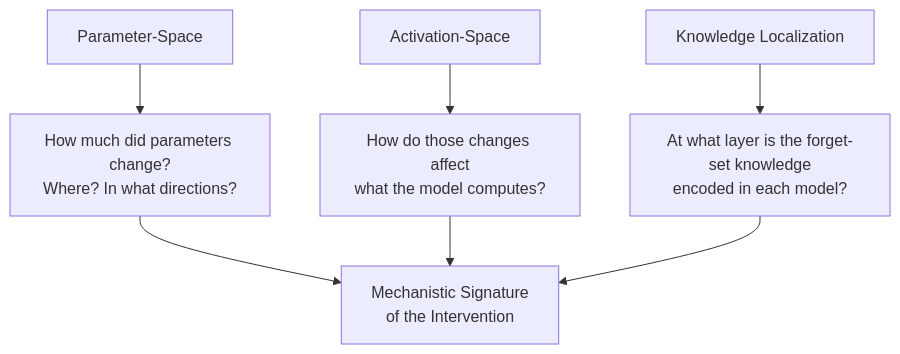
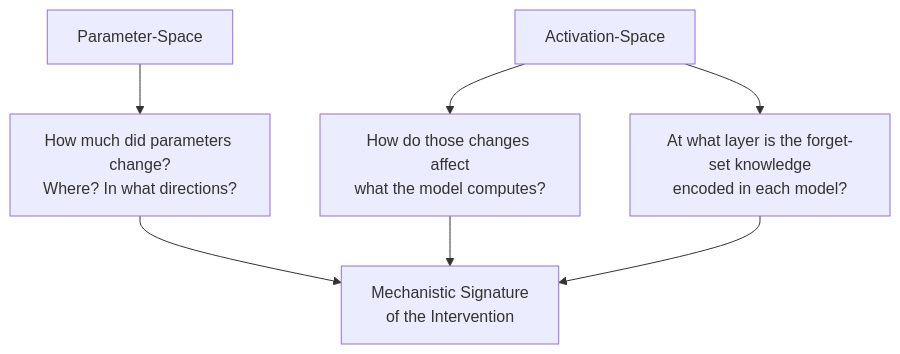
Before and after one commit to jammastergirish/CambridgeERA: the diagram in README.md, drawn with Mermaid.

Commit message:
Corrects branch

````diff
--- a/README.md
+++ b/README.md
@@ -64,9 +64,9 @@
 ```mermaid
 graph TD
     A["Parameter-Space"] --> C["How much did parameters change?<br/>Where? In what directions?"]
     B["Activation-Space"] --> D["How do those changes affect<br/>what the model computes?"]
-    F["Knowledge Localization"] --> G["At what layer is the forget-set knowledge<br/>encoded in each model?"]
+    B --> G["At what layer is the forget-set knowledge<br/>encoded in each model?"]
     C --> E["Mechanistic Signature<br/>of the Intervention"]
     D --> E
     G --> E
 ```
````
